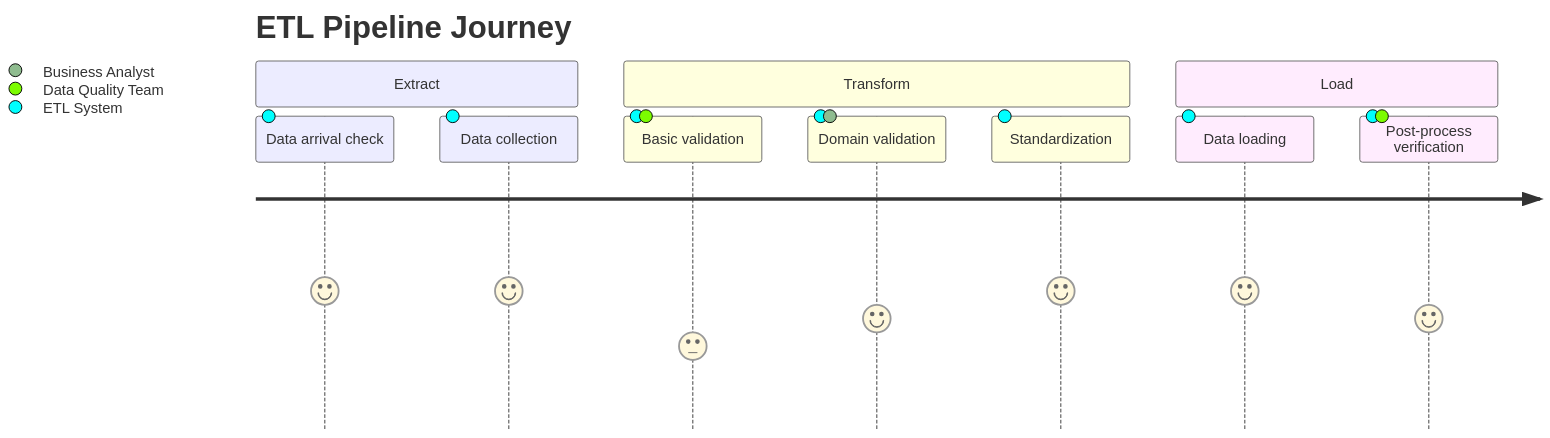
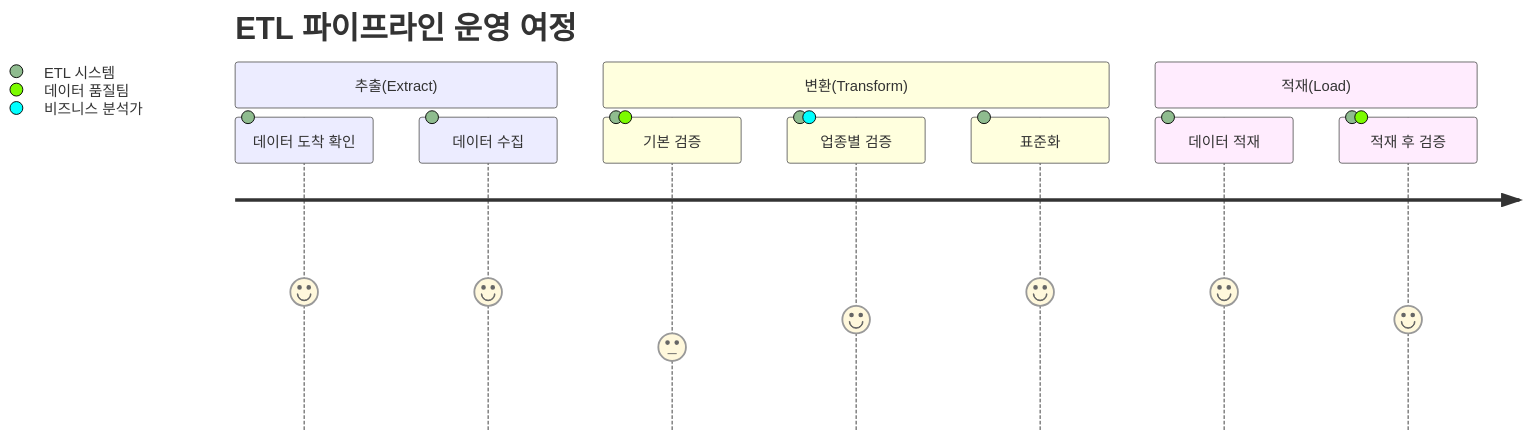
The fourth of 4 diagrams in _posts/2025-03-18-etl-pipeline.md (yeokyeong-yoon/yeokyeong-yoon.github.io), drawn with Mermaid before and after one commit. The commit also changed other lines of this file, not shown here.

Commit message:
Add descriptions to diagrams

```diff
--- a/_posts/2025-03-18-etl-pipeline.md
+++ b/_posts/2025-03-18-etl-pipeline.md
@@ -209,14 +215,14 @@
 <div class="mermaid">
 journey
-    title ETL Pipeline Journey
-    section Extract
-        Data arrival check: 5: ETL System
-        Data collection: 5: ETL System
-    section Transform
-        Basic validation: 3: ETL System, Data Quality Team
-        Domain validation: 4: ETL System, Business Analyst
-        Standardization: 5: ETL System
-    section Load
-        Data loading: 5: ETL System
-        Post-process verification: 4: ETL System, Data Quality Team
+    title ETL 파이프라인 운영 여정
+    section 추출(Extract)
+        데이터 도착 확인: 5: ETL 시스템
+        데이터 수집: 5: ETL 시스템
+    section 변환(Transform)
+        기본 검증: 3: ETL 시스템, 데이터 품질팀
+        업종별 검증: 4: ETL 시스템, 비즈니스 분석가
+        표준화: 5: ETL 시스템
+    section 적재(Load)
+        데이터 적재: 5: ETL 시스템
+        적재 후 검증: 4: ETL 시스템, 데이터 품질팀
 </div>
```
